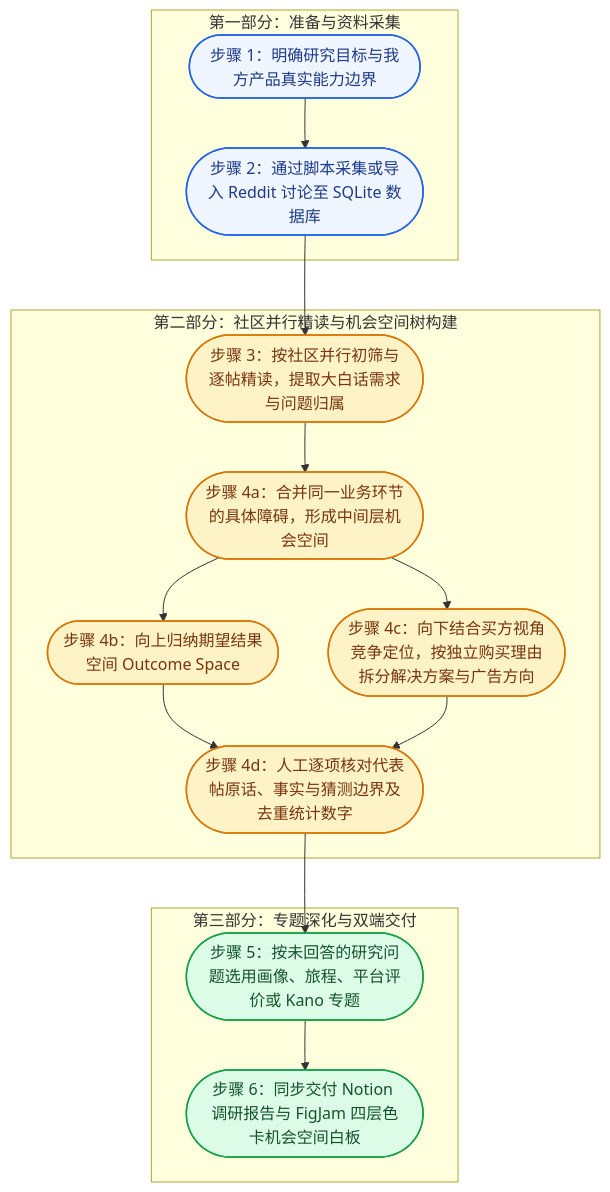
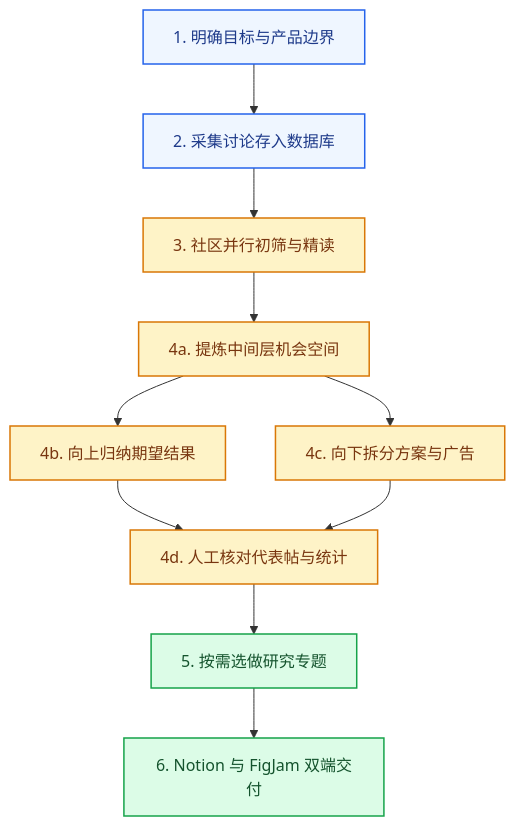
The second of 6 diagrams in README.md (ezra-y/reddit-ad-workflow-skills), drawn with Mermaid before and after one commit. The commit also changed other lines of this file, not shown here.

Commit message:
docs: use vertical top-level flowchart, remove overlapping subgraphs, and shorten node labels

````diff
--- a/README.md
+++ b/README.md
@@ -57,37 +45,19 @@
 ```mermaid
 flowchart TD
-    subgraph A["第一部分：准备与资料采集"]
-        A1(["步骤 1：明确研究目标与我方产品真实能力边界"])
-        A2(["步骤 2：通过脚本采集或导入 Reddit 讨论至 SQLite 数据库"])
-        A1 --> A2
-    end
-
-    subgraph B["第二部分：社区并行精读与机会空间树构建"]
-        B1(["步骤 3：按社区并行初筛与逐帖精读，提取大白话需求与问题归属"])
-        B2(["步骤 4a：合并同一业务环节的具体障碍，形成中间层机会空间"])
-        B3(["步骤 4b：向上归纳期望结果空间 Outcome Space"])
-        B4(["步骤 4c：向下结合买方视角竞争定位，按独立购买理由拆分解决方案与广告方向"])
-        B5(["步骤 4d：人工逐项核对代表帖原话、事实与猜测边界及去重统计数字"])
-        B1 --> B2
-        B2 --> B3
-        B2 --> B4
-        B3 --> B5
-        B4 --> B5
-    end
-
-    subgraph C["第三部分：专题深化与双端交付"]
-        C1(["步骤 5：按未回答的研究问题选用画像、旅程、平台评价或 Kano 专题"])
-        C2(["步骤 6：同步交付 Notion 调研报告与 FigJam 四层色卡机会空间白板"])
-        C1 --> C2
-    end
-
-    A2 --> B1
-    B5 --> C1
+    A1["1. 明确目标与产品边界"] --> A2["2. 采集讨论存入数据库"]
+    A2 --> B1["3. 社区并行初筛与精读"]
+    B1 --> B2["4a. 提炼中间层机会空间"]
+    B2 --> B3["4b. 向上归纳期望结果"]
+    B2 --> B4["4c. 向下拆分方案与广告"]
+    B3 --> B5["4d. 人工核对代表帖与统计"]
+    B4 --> B5
+    B5 --> C1["5. 按需选做研究专题"]
+    C1 --> C2["6. Notion 与 FigJam 双端交付"]
 
     classDef phaseA fill:#EFF6FF,stroke:#2563EB,stroke-width:1.5px,color:#1E3A8A
     classDef phaseB fill:#FEF3C7,stroke:#D97706,stroke-width:1.5px,color:#78350F
     classDef phaseC fill:#DCFCE7,stroke:#16A34A,stroke-width:1.5px,color:#14532D
     class A1,A2 phaseA
     class B1,B2,B3,B4,B5 phaseB
     class C1,C2 phaseC
 ```
````
